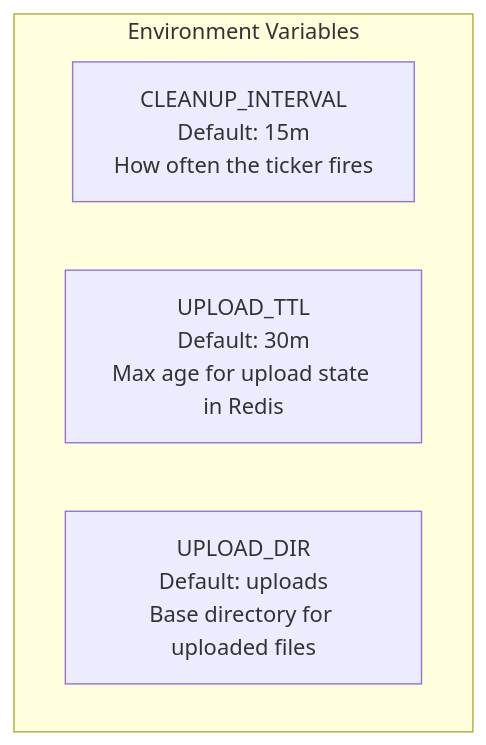
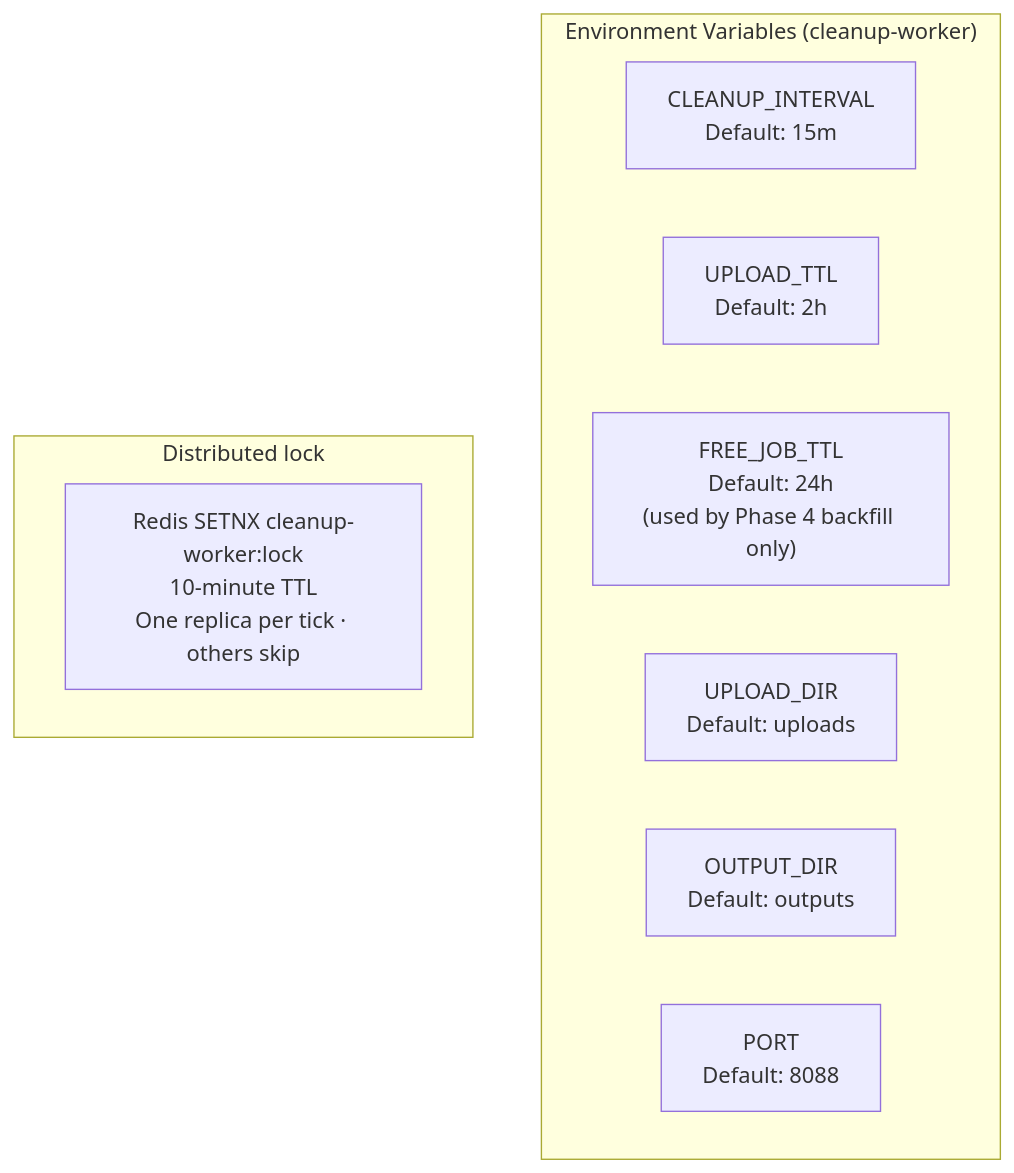
The third of 4 diagrams in docs/developer/mermaid/service-cleanup-worker-architecture.md (Prachidubey2003/fyredocs_backend), drawn with Mermaid before and after one commit. The commit also changed other lines of this file and 39 other files, not shown here.

Commit message:
Refactor PDF services to use NATS JetStream for job dispatch and event publishing; enhance documentation for OPTIMIZE_PDF and ORGANIZE_PDF services; remove deprecated UPLOAD_SERVICE documentation; update OpenAPI spec for improved clarity and accuracy.

````diff
--- a/docs/developer/mermaid/service-cleanup-worker-architecture.md
+++ b/docs/developer/mermaid/service-cleanup-worker-architecture.md
@@ -77,8 +96,15 @@
 ```mermaid
 graph TD
-    subgraph EnvVars["Environment Variables"]
-        A["CLEANUP_INTERVAL<br/>Default: 15m<br/>How often the ticker fires"]
-        B["UPLOAD_TTL<br/>Default: 30m<br/>Max age for upload state in Redis"]
-        C["UPLOAD_DIR<br/>Default: uploads<br/>Base directory for uploaded files"]
+    subgraph EnvVars["Environment Variables (cleanup-worker)"]
+        A["CLEANUP_INTERVAL<br/>Default: 15m"]
+        B["UPLOAD_TTL<br/>Default: 2h"]
+        C["FREE_JOB_TTL<br/>Default: 24h<br/>(used by Phase 4 backfill only)"]
+        D["UPLOAD_DIR<br/>Default: uploads"]
+        E["OUTPUT_DIR<br/>Default: outputs"]
+        F["PORT<br/>Default: 8088"]
+    end
+
+    subgraph Locking["Distributed lock"]
+        L["Redis SETNX cleanup-worker:lock<br/>10-minute TTL<br/>One replica per tick · others skip"]
     end
 ```
````
